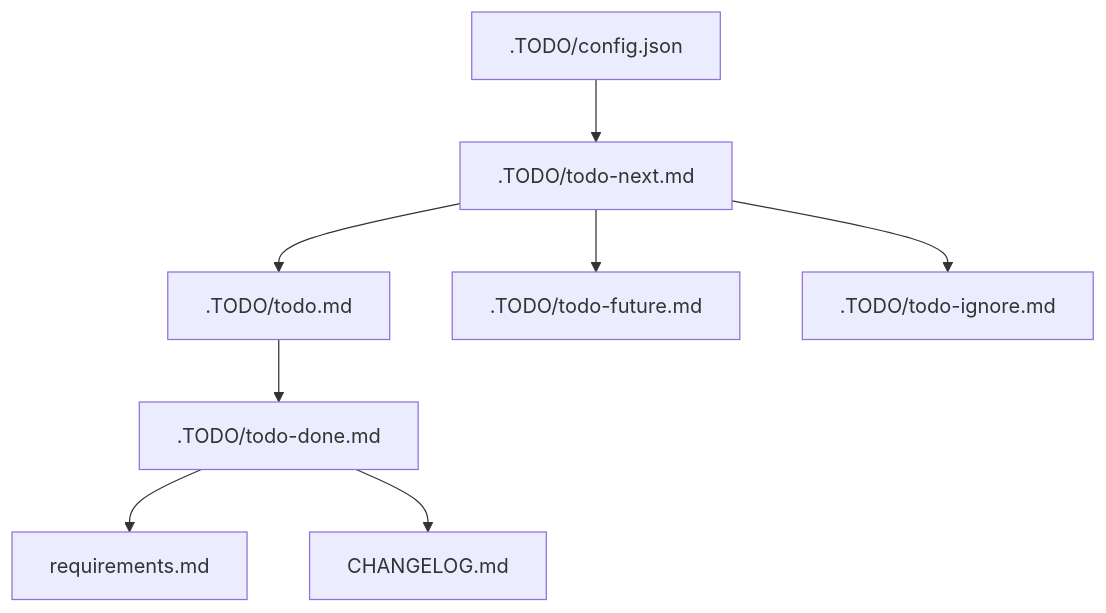
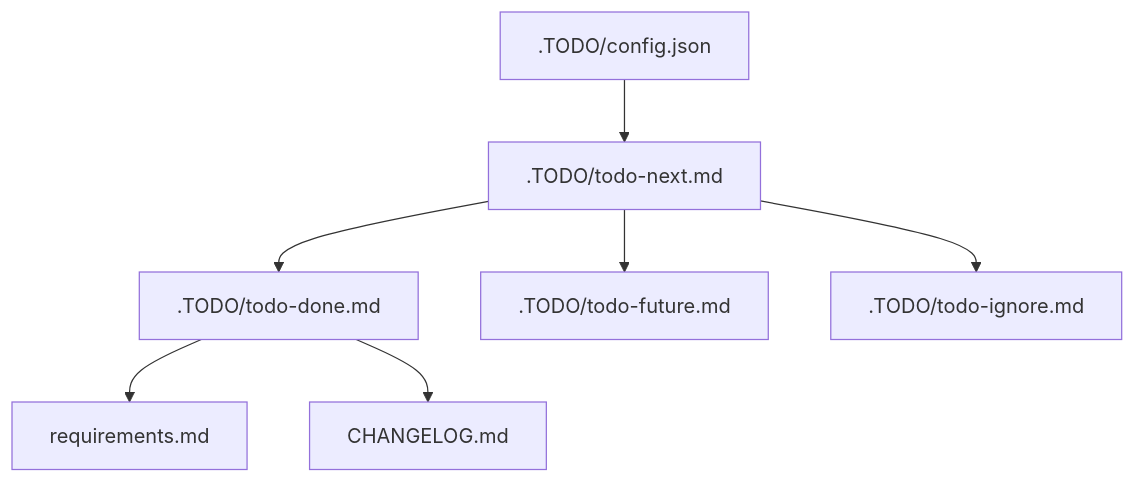
The diagram in docs/Developer_Guides/TODO_MANAGEMENT.md (Nexthood/useclevr-production-2026), drawn with Mermaid before and after one commit. The commit also changed other lines of this file and 64 other files, not shown here.

````diff
--- a/docs/Developer_Guides/TODO_MANAGEMENT.md
+++ b/docs/Developer_Guides/TODO_MANAGEMENT.md
@@ -18,10 +19,9 @@
 ```mermaid
 flowchart TD
   Config[.TODO/config.json] --> Next[.TODO/todo-next.md]
-  Next --> Active[.TODO/todo.md]
-  Active --> Done[.TODO/todo-done.md]
+  Next --> Done[.TODO/todo-done.md]
+  Next --> Future[.TODO/todo-future.md]
+  Next --> Ignore[.TODO/todo-ignore.md]
   Done --> Requirements[requirements.md]
   Done --> Changelog[CHANGELOG.md]
-  Next --> Future[.TODO/todo-future.md]
-  Next --> Ignore[.TODO/todo-ignore.md]
 ```
````
